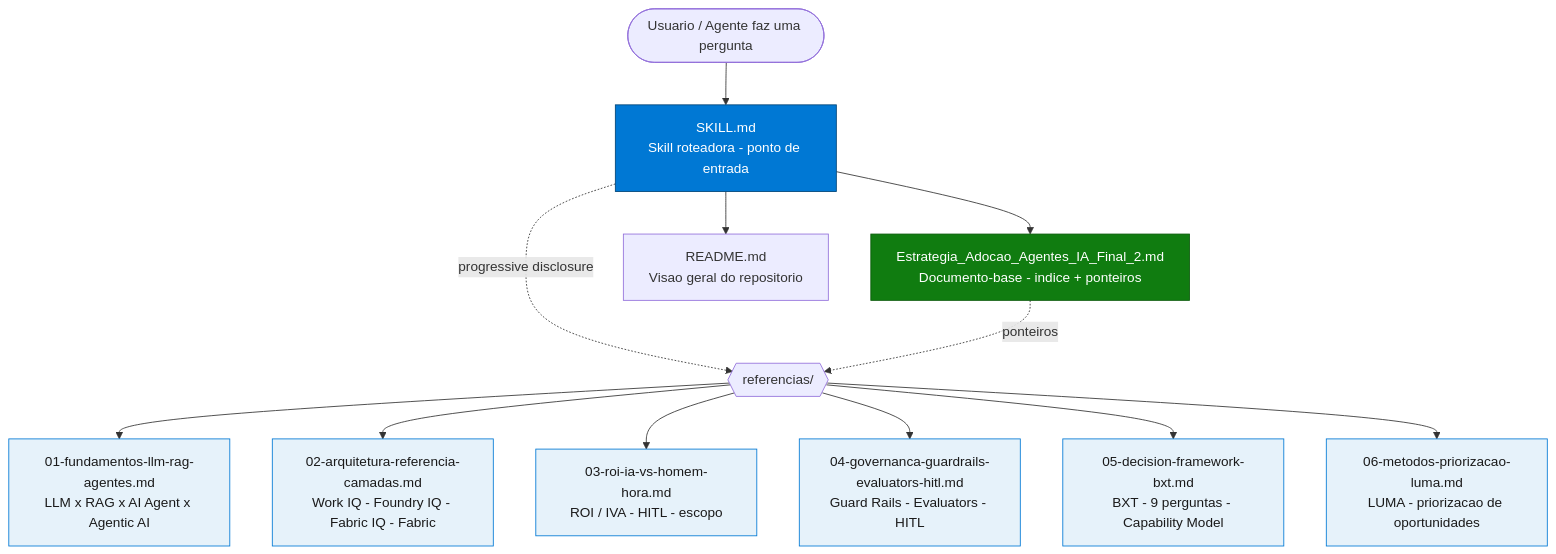
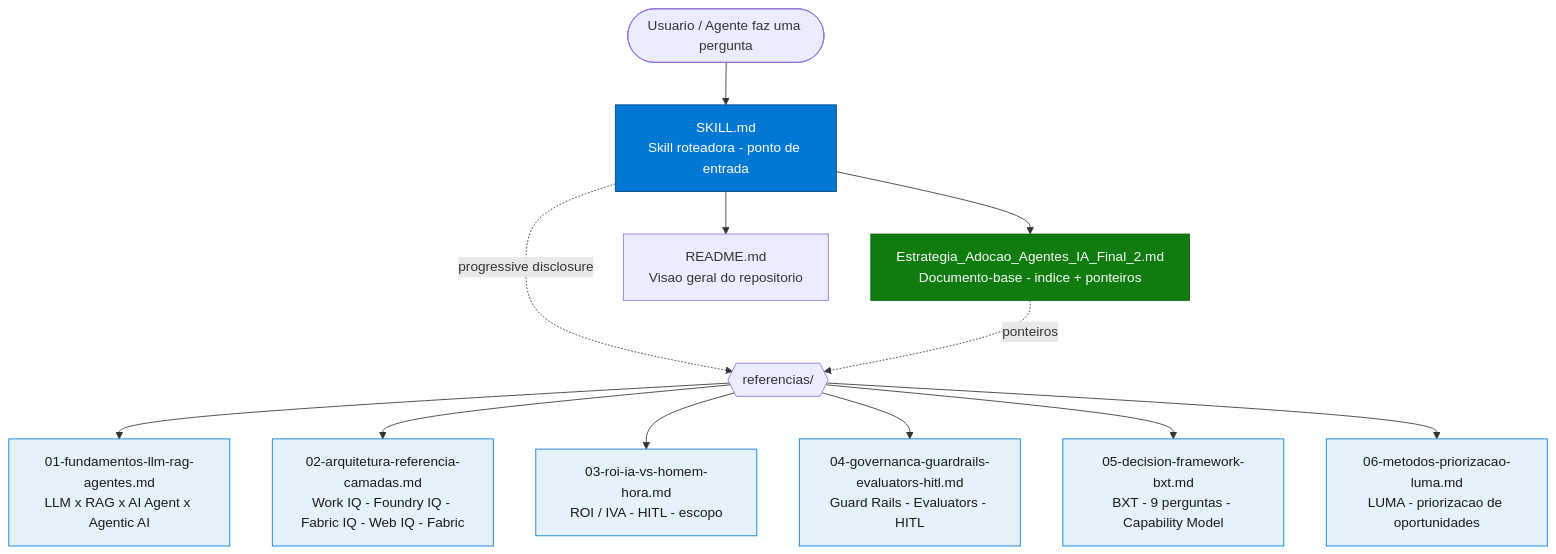
One commit to fabioharams/hubsp-ai-skill changed the first of 2 diagrams in README.md. Above: the diagram before and after it, drawn with Mermaid. The commit also changed other lines of this file and 5 other files, not shown here.

````diff
--- a/README.md
+++ b/README.md
@@ -36,24 +36,24 @@
 ```mermaid
 graph TD
     USER([Usuario / Agente faz uma pergunta]) --> SKILL[SKILL.md<br/>Skill roteadora - ponto de entrada]
     SKILL --> CANON[Estrategia_Adocao_Agentes_IA_Final_2.md<br/>Documento-base - indice + ponteiros]
 
     SKILL -. progressive disclosure .-> REF{{referencias/}}
     CANON -. ponteiros .-> REF
 
-    REF --> R1[01-fundamentos-llm-rag-agentes.md<br/>LLM x RAG x AI Agent x Agentic AI]
-    REF --> R2[02-arquitetura-referencia-camadas.md<br/>Work IQ - Foundry IQ - Fabric IQ - Fabric]
-    REF --> R3[03-roi-ia-vs-homem-hora.md<br/>ROI / IVA - HITL - escopo]
-    REF --> R4[04-governanca-guardrails-evaluators-hitl.md<br/>Guard Rails - Evaluators - HITL]
-    REF --> R5[05-decision-framework-bxt.md<br/>BXT - 9 perguntas - Capability Model]
-    REF --> R6[06-metodos-priorizacao-luma.md<br/>LUMA - priorizacao de oportunidades]
+      REF --> R1[01-fundamentos-llm-rag-agentes.md<br/>LLM x RAG x AI Agent x Agentic AI]
+      REF --> R2[02-arquitetura-referencia-camadas.md<br/>Work IQ - Foundry IQ - Fabric IQ - Web IQ - Fabric]
+      REF --> R3[03-roi-ia-vs-homem-hora.md<br/>ROI / IVA - HITL - escopo]
+      REF --> R4[04-governanca-guardrails-evaluators-hitl.md<br/>Guard Rails - Evaluators - HITL]
+      REF --> R5[05-decision-framework-bxt.md<br/>BXT - 9 perguntas - Capability Model]
+      REF --> R6[06-metodos-priorizacao-luma.md<br/>LUMA - priorizacao de oportunidades]
 
     SKILL --> README[README.md<br/>Visao geral do repositorio]
 
     classDef entry fill:#0078D4,stroke:#004578,color:#fff;
     classDef canon fill:#107C10,stroke:#0B5A0B,color:#fff;
     classDef ref fill:#E6F2FA,stroke:#0078D4,color:#1a1a1a;
     class SKILL entry;
     class CANON canon;
     class R1,R2,R3,R4,R5,R6 ref;
 ```
````
